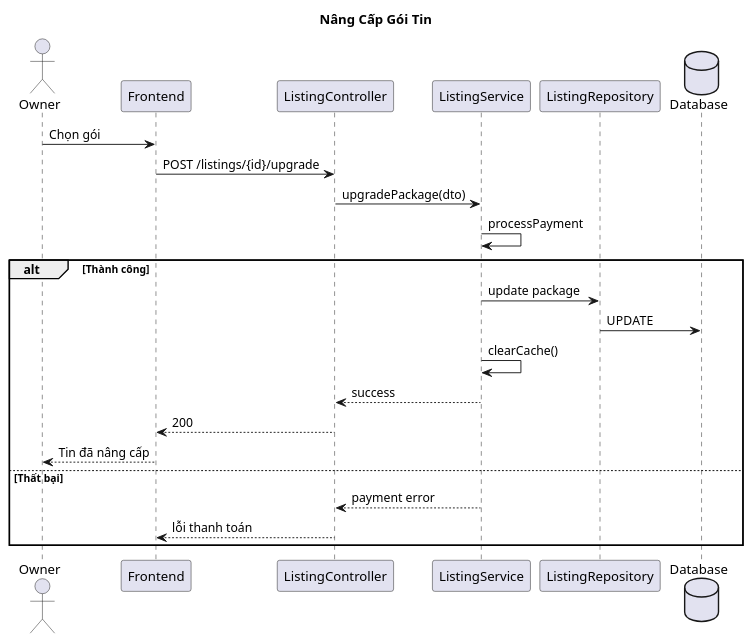
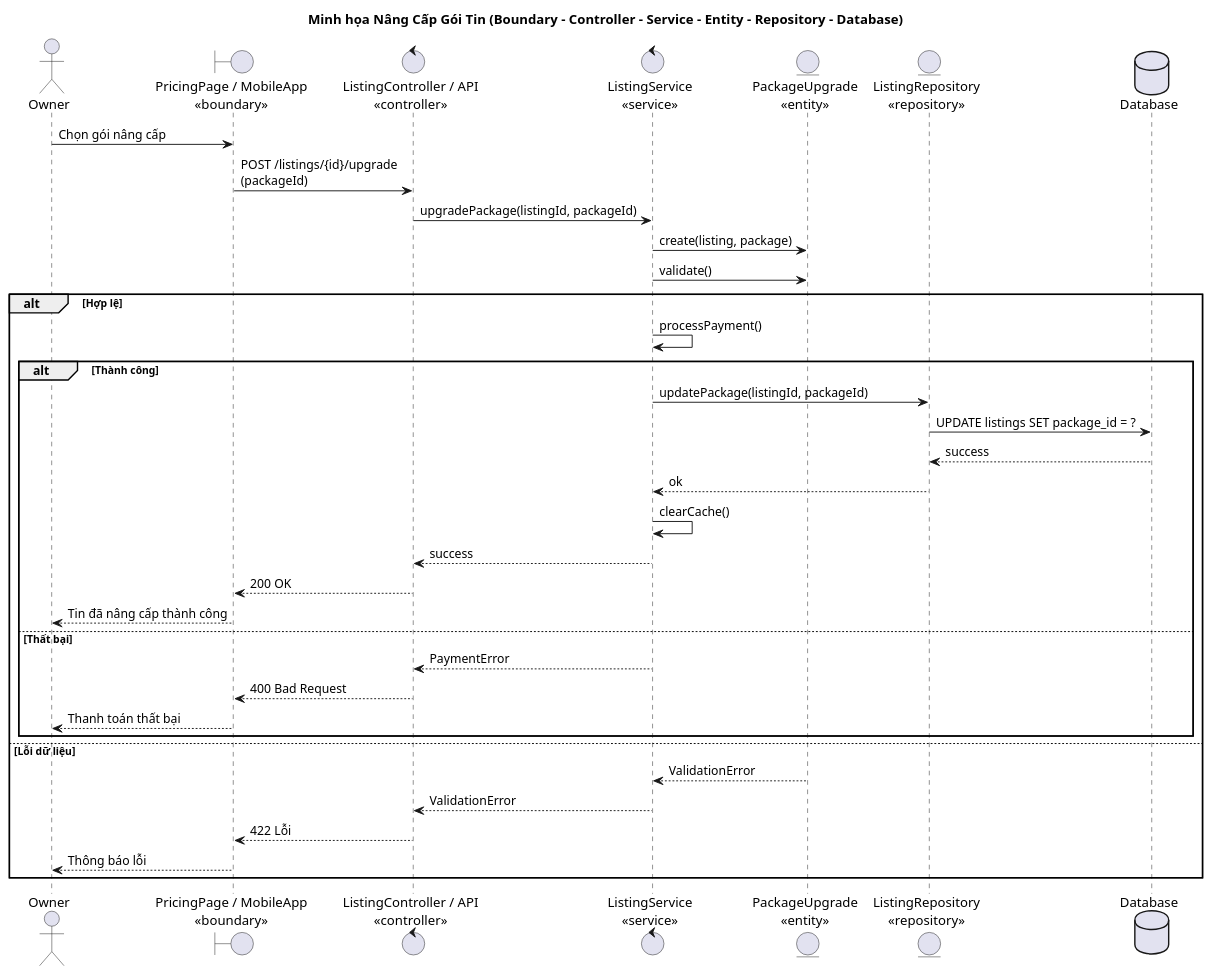
One commit to BuiThaiBao/Propify changed the diagram in docs/sequence-diagram-nang-cap-goi-tin.md. Above: the diagram before and after it, drawn with PlantUML. The commit also changed other lines of this file and 12 other files, not shown here.

Commit message:
feat: update sequence diagrams to include detailed interactions and 3-layer architecture representation

````diff
--- a/docs/sequence-diagram-nang-cap-goi-tin.md
+++ b/docs/sequence-diagram-nang-cap-goi-tin.md
@@ -3,28 +3,41 @@
 ```plantuml
 @startuml
-title Nâng Cấp Gói Tin
+title Minh họa Nâng Cấp Gói Tin (Boundary - Controller - Service - Entity - Repository - Database)
 
 actor "Owner" as Owner
-participant "Frontend" as FE
-participant "ListingController" as Controller
-participant "ListingService" as Service
-participant "ListingRepository" as Repo
+boundary "PricingPage / MobileApp\n«boundary»" as FE
+control "ListingController / API\n«controller»" as Controller
+control "ListingService\n«service»" as Service
+entity "PackageUpgrade\n«entity»" as Entity
+entity "ListingRepository\n«repository»" as Repo
 database "Database" as DB
 
-Owner -> FE: Chọn gói
-FE -> Controller: POST /listings/{id}/upgrade
-Controller -> Service: upgradePackage(dto)
-Service -> Service: processPayment
-alt Thành công
-  Service -> Repo: update package
-  Repo -> DB: UPDATE
-  Service -> Service: clearCache()
-  Service --> Controller: success
-  Controller --> FE: 200
-  FE --> Owner: Tin đã nâng cấp
-else Thất bại
-  Service --> Controller: payment error
-  Controller --> FE: lỗi thanh toán
+Owner -> FE: Chọn gói nâng cấp
+FE -> Controller: POST /listings/{id}/upgrade\n(packageId)
+Controller -> Service: upgradePackage(listingId, packageId)
+Service -> Entity: create(listing, package)
+Service -> Entity: validate()
+alt Hợp lệ
+  Service -> Service: processPayment()
+  alt Thành công
+    Service -> Repo: updatePackage(listingId, packageId)
+    Repo -> DB: UPDATE listings SET package_id = ?
+    DB --> Repo: success
+    Repo --> Service: ok
+    Service -> Service: clearCache()
+    Service --> Controller: success
+    Controller --> FE: 200 OK
+    FE --> Owner: Tin đã nâng cấp thành công
+  else Thất bại
+    Service --> Controller: PaymentError
+    Controller --> FE: 400 Bad Request
+    FE --> Owner: Thanh toán thất bại
+  end
+else Lỗi dữ liệu
+  Entity --> Service: ValidationError
+  Service --> Controller: ValidationError
+  Controller --> FE: 422 Lỗi
+  FE --> Owner: Thông báo lỗi
 end
 @enduml
 ```
````
